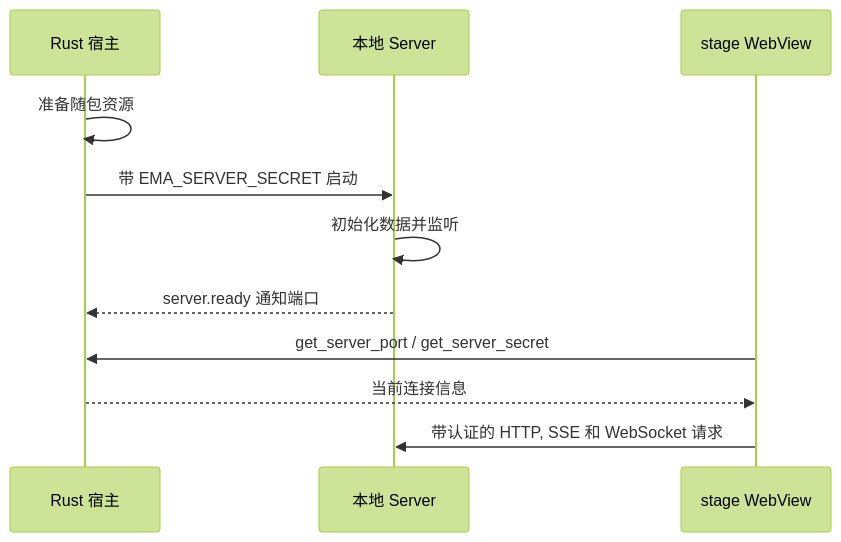
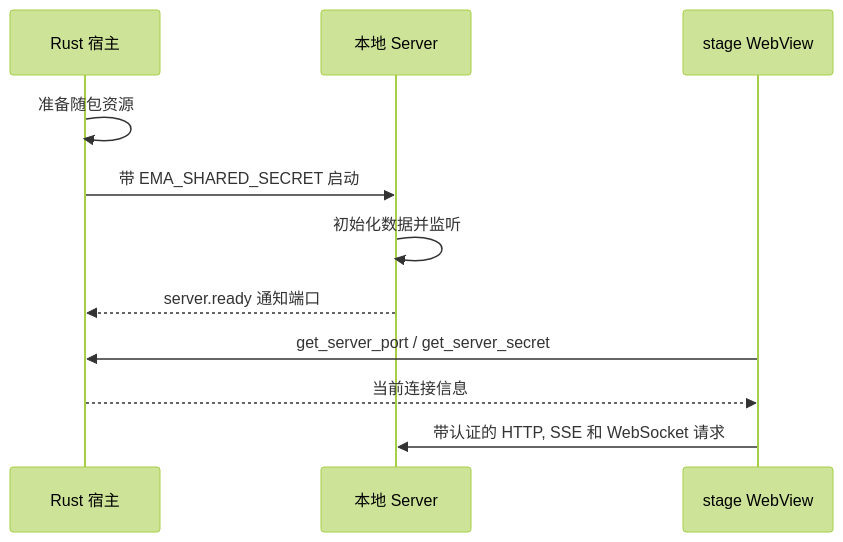
One commit to chengyuZou/EmaAgent changed the diagram in apps/desktop/src-tauri/README-zh.md. Above: the diagram before and after it, drawn with Mermaid (forest theme). The commit also changed other lines of this file and 84 other files, not shown here.

````diff
--- a/apps/desktop/src-tauri/README-zh.md
+++ b/apps/desktop/src-tauri/README-zh.md
@@ -13,13 +13,13 @@
 ```mermaid
 sequenceDiagram
     participant Host as Rust 宿主
     participant Server as 本地 Server
     participant Stage as stage WebView
     Host->>Host: 准备随包资源
-    Host->>Server: 带 EMA_SERVER_SECRET 启动
+    Host->>Server: 带 EMA_SHARED_SECRET 启动
     Server->>Server: 初始化数据并监听
     Server-->>Host: server.ready 通知端口
     Stage->>Host: get_server_port / get_server_secret
     Host-->>Stage: 当前连接信息
     Stage->>Server: 带认证的 HTTP, SSE 和 WebSocket 请求
 ```
````
